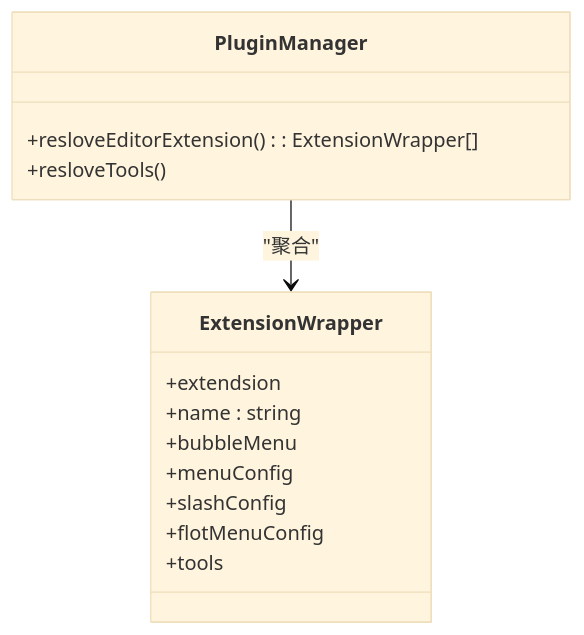
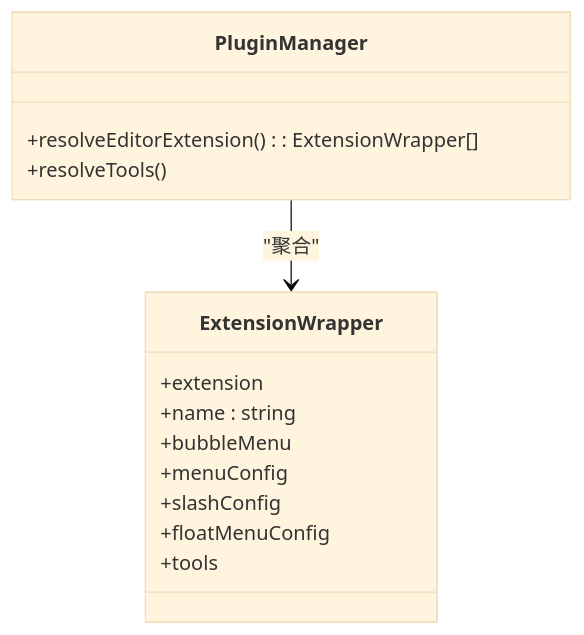
One commit to LRF0422/Kotion changed the sixth of 20 diagrams in .qoder/repowiki/zh/content/架构设计/插件系统架构/插件系统架构.md. Above: the diagram before and after it, drawn with Mermaid (base theme). The commit also changed other lines of this file and 75 other files, not shown here.

````diff
--- a/.qoder/repowiki/zh/content/架构设计/插件系统架构/插件系统架构.md
+++ b/.qoder/repowiki/zh/content/架构设计/插件系统架构/插件系统架构.md
@@ -316,17 +429,17 @@
 ```mermaid
 classDiagram
 class ExtensionWrapper {
-+extendsion
++extension
 +name : string
 +bubbleMenu
 +menuConfig
 +slashConfig
-+flotMenuConfig
++floatMenuConfig
 +tools
 }
 class PluginManager {
-+resloveEditorExtension() : ExtensionWrapper[]
-+resloveTools()
++resolveEditorExtension() : ExtensionWrapper[]
++resolveTools()
 }
 PluginManager --> ExtensionWrapper : "聚合"
 ```
````
